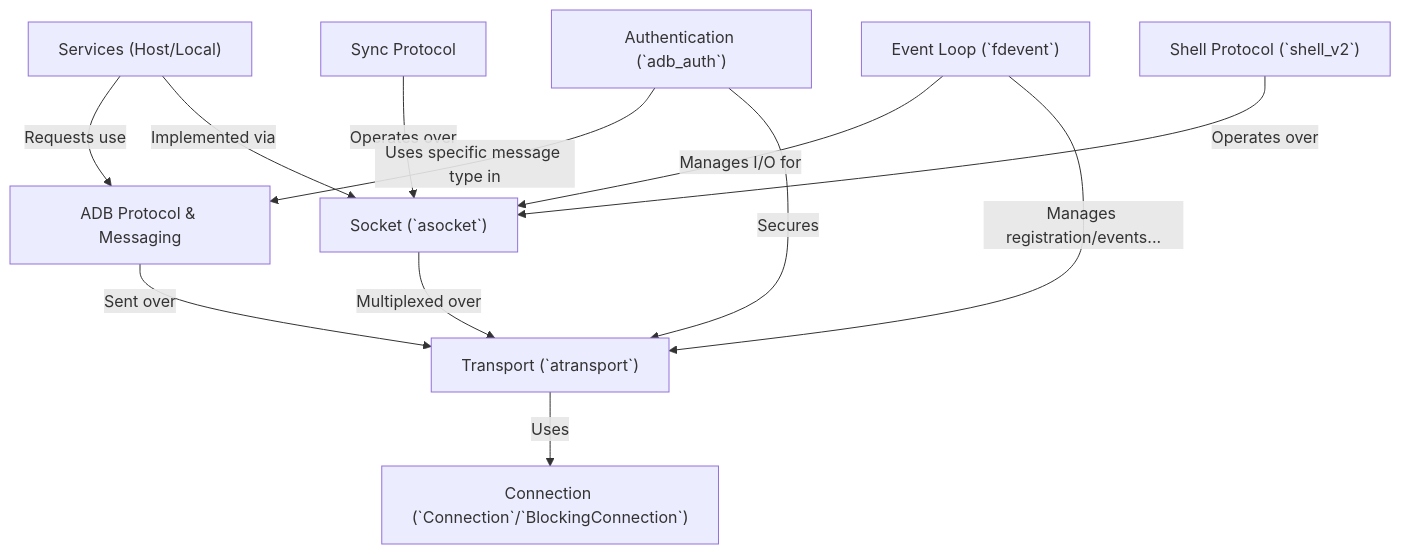
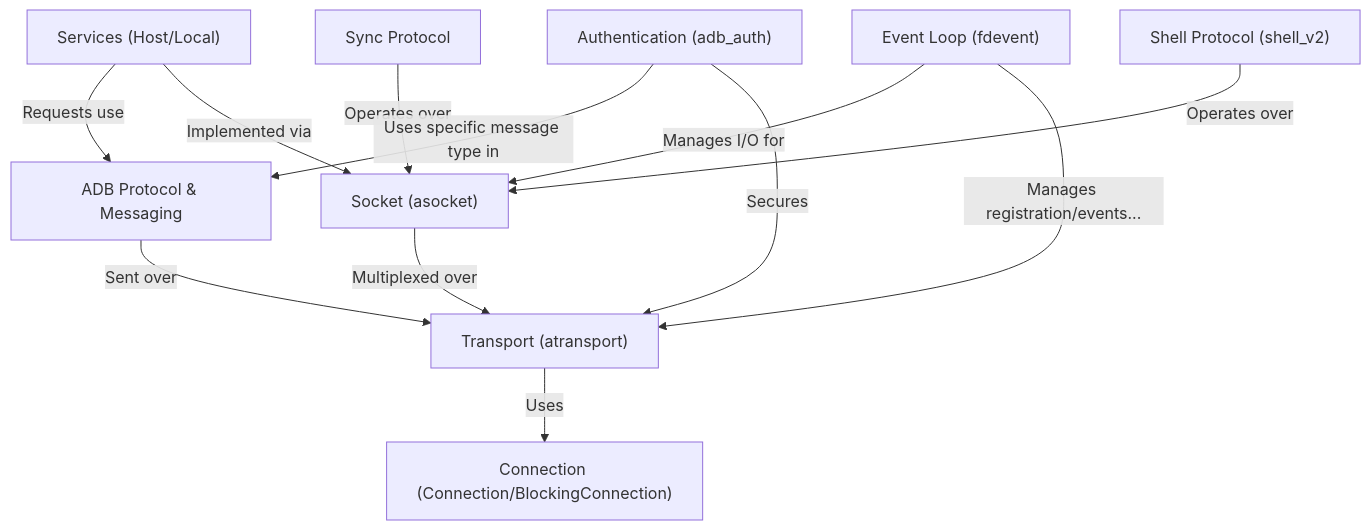
Before and after one commit to davinci-tech/ADB-Documentation: the diagram in README.md, drawn with Mermaid.

````diff
--- a/README.md
+++ b/README.md
@@ -16,23 +16,23 @@
 ```mermaid
 flowchart TD
     A0["ADB Protocol & Messaging"]
-    A1["Transport (`atransport`)"]
-    A2["Connection (`Connection`/`BlockingConnection`)"]
-    A3["Socket (`asocket`)"]
+    A1["Transport (atransport)"]
+    A2["Connection (Connection/BlockingConnection)"]
+    A3["Socket (asocket)"]
     A4["Services (Host/Local)"]
-    A5["Event Loop (`fdevent`)"]
+    A5["Event Loop (fdevent)"]
     A6["Sync Protocol"]
-    A7["Shell Protocol (`shell_v2`)"]
-    A8["Authentication (`adb_auth`)"]
+    A7["Shell Protocol (shell_v2)"]
+    A8["Authentication (adb_auth)"]
     A0 -- "Sent over" --> A1
     A1 -- "Uses" --> A2
     A3 -- "Multiplexed over" --> A1
     A4 -- "Requests use" --> A0
     A4 -- "Implemented via" --> A3
     A5 -- "Manages I/O for" --> A3
     A5 -- "Manages registration/events..." --> A1
     A6 -- "Operates over" --> A3
     A7 -- "Operates over" --> A3
     A8 -- "Uses specific message type in" --> A0
     A8 -- "Secures" --> A1
 ```
````
